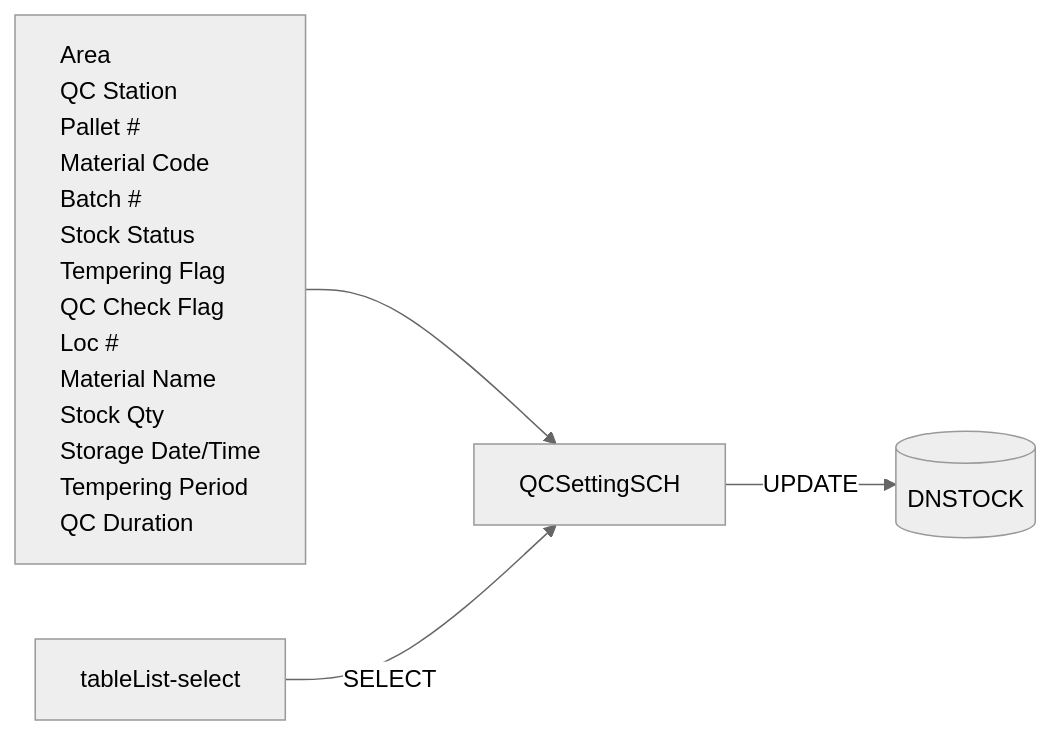
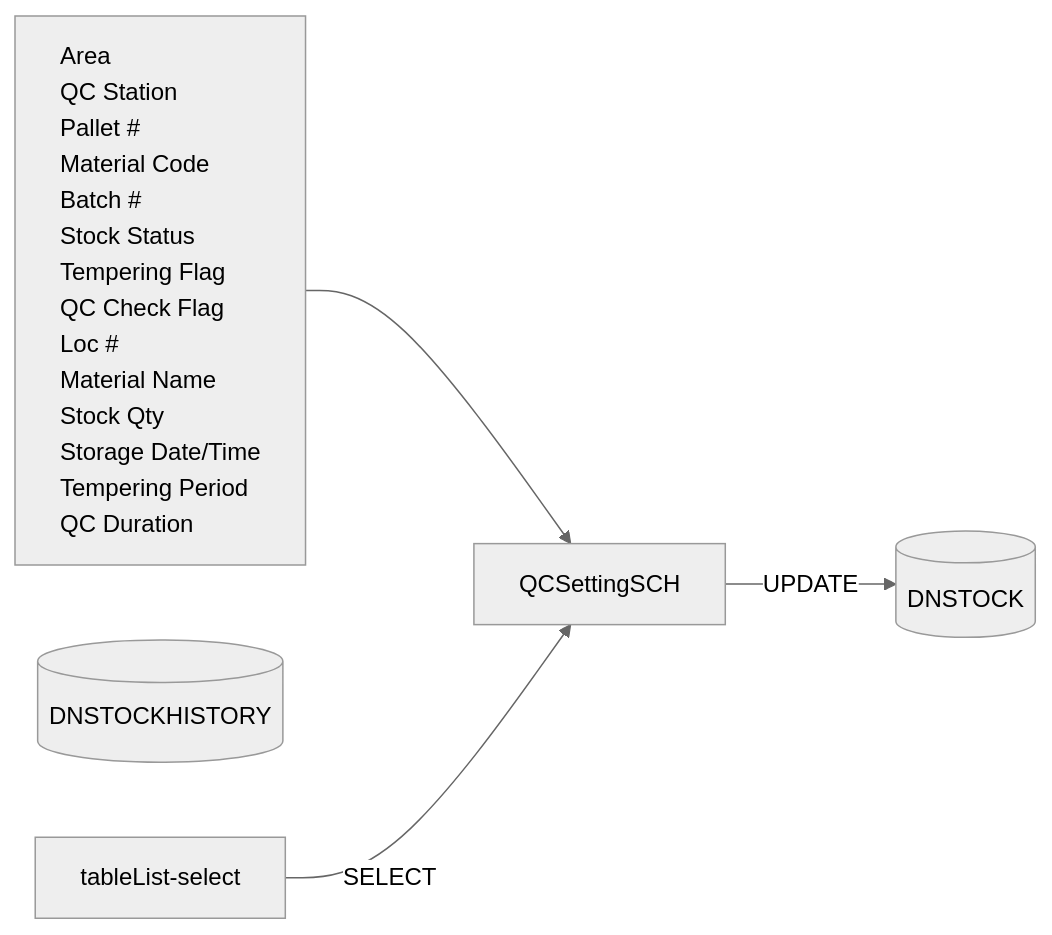
The second of 15 diagrams in Basic-Design/DFD-WMS/Retrieval/QC-Setting/Update-QC-Status.md (luthfiadityaa/SimeDarby-Wiki), drawn with Mermaid (neutral theme) before and after one commit.

Commit message:
Updated Update QC Status

```diff
--- a/Basic-Design/DFD-WMS/Retrieval/QC-Setting/Update-QC-Status.md
+++ b/Basic-Design/DFD-WMS/Retrieval/QC-Setting/Update-QC-Status.md
@@ -50,31 +50,35 @@
 ::: mermaid
 flowchart LR
     input[
         Area
         QC Station
         Pallet #
         Material Code
         Batch #
         Stock Status
         Tempering Flag
         QC Check Flag
         Loc #
         Material Name
         Stock Qty
         Storage Date/Time
         Tempering Period
         QC Duration
     ]
 
      tableList-update[("
         DNSTOCK
     ")]
 
+     tableList-insert[("
+        DNSTOCKHISTORY
+    ")]
+
     input-->className[QCSettingSCH]
 
     tableList-select --> |SELECT| className
     className --> |UPDATE| tableList-update
 
     classDef leftAlign text-align:left;
     class input leftAlign;
 :::
```
